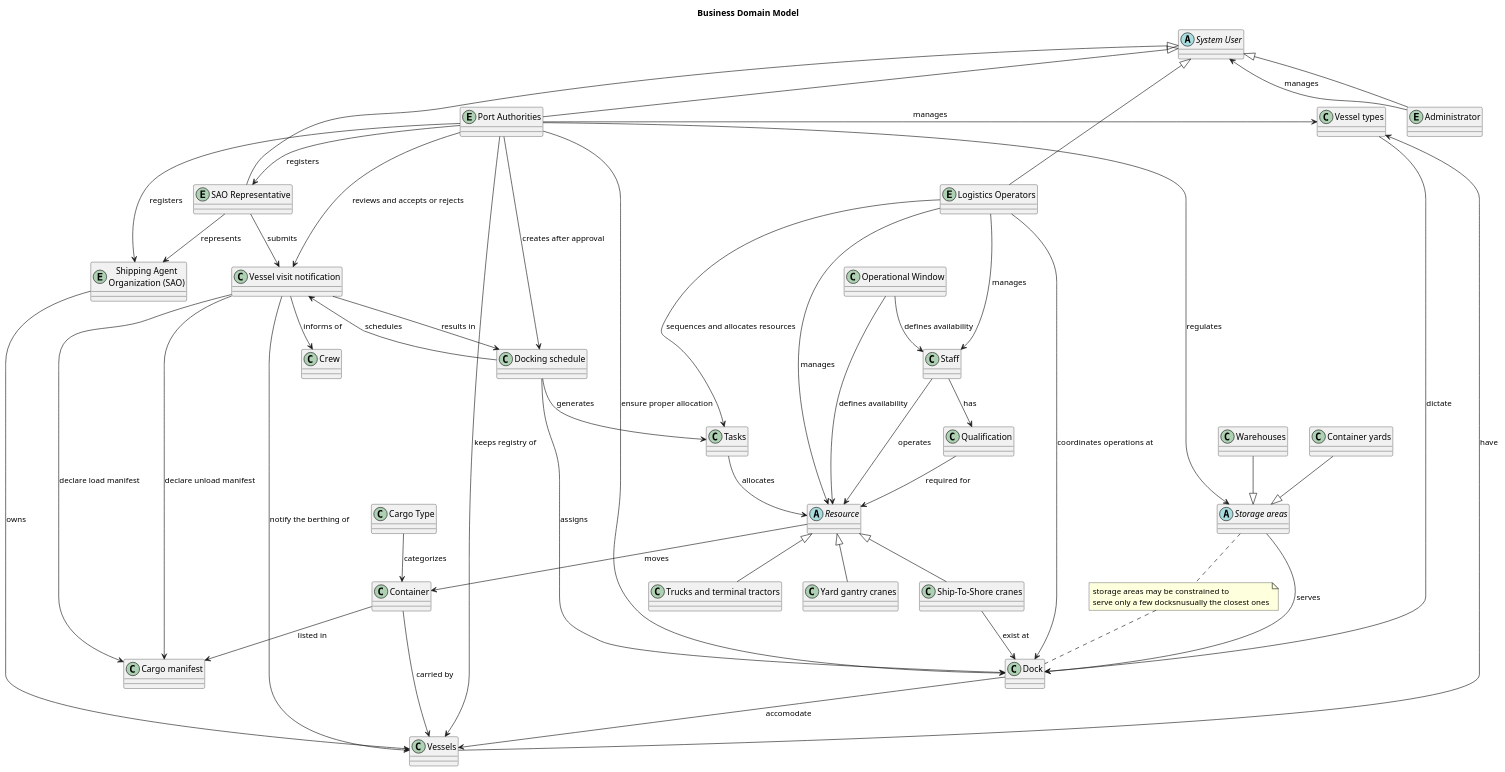
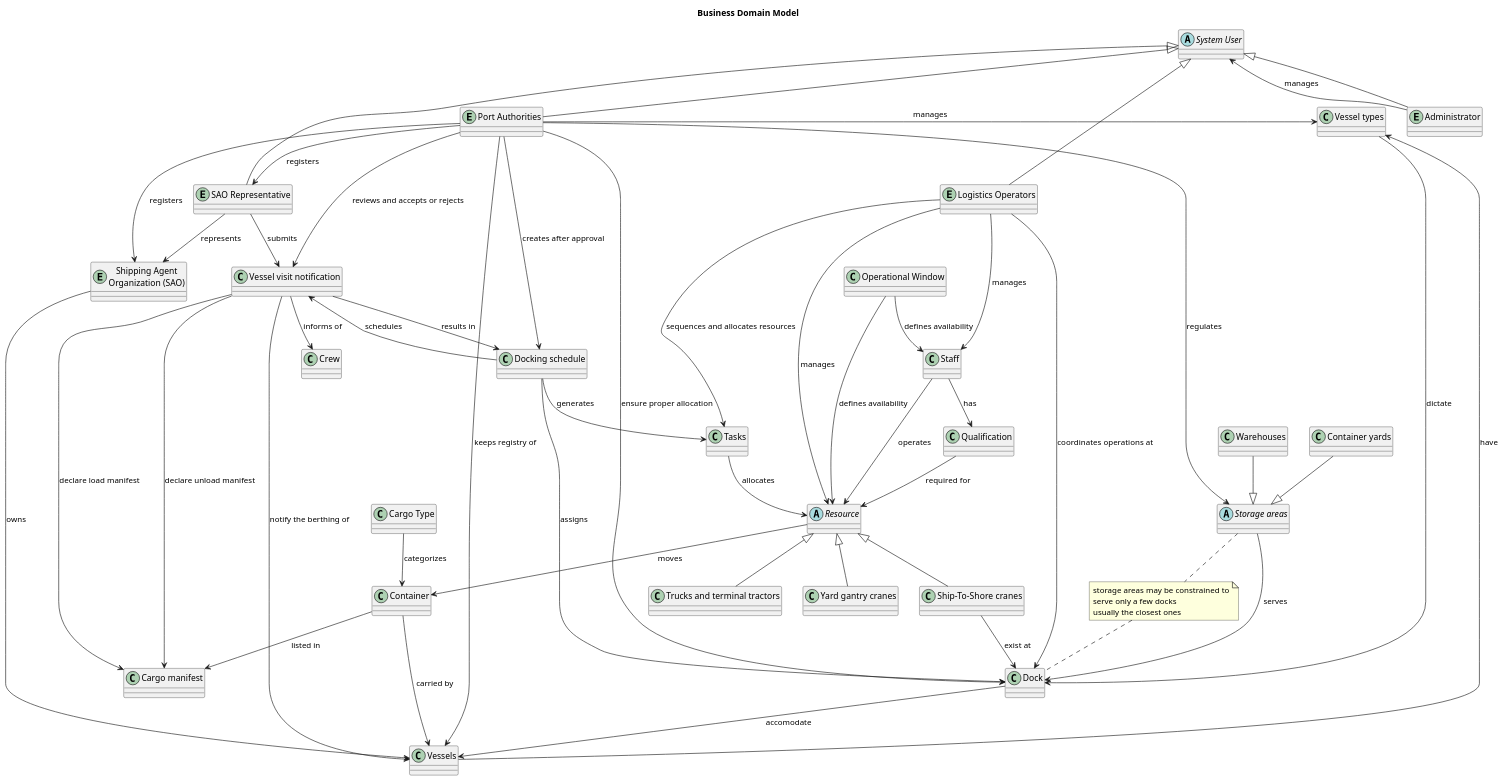
Before and after one commit to BernasDzn/portit: the diagram in docs/sprint_1/global_artifacts/domain/business_model.puml, drawn with PlantUML. The commit also changed 1 other file, not shown here.

```diff
--- a/docs/sprint_1/global_artifacts/domain/business_model.puml
+++ b/docs/sprint_1/global_artifacts/domain/business_model.puml
@@ -1,108 +1,108 @@
 @startuml
 title Business Domain Model
 
     abstract "System User" as user
 
     entity "Port Authorities" as PA
     entity "Shipping Agent\nOrganization (SAO)" as SAO
     entity "SAO Representative" as SAOR
     entity "Logistics Operators" as LO
     entity "Administrator" as AD
 
     class "Staff" as staff
     abstract "Resource" as res
     class "Dock" as docks
     class "Ship-To-Shore cranes" as cranes
     class "Yard gantry cranes" as yg_cranes
     class "Trucks and terminal tractors" as trucks
     class "Tasks" as tasks
     class "Operational Window" as op_window
     class "Qualification" as qualification
 
     abstract "Storage areas" as storage
     class "Container yards" as yards
     class "Warehouses" as warehouse
 
     class "Vessels" as vessels
     class "Vessel types" as vessels_types
 
     class "Vessel visit notification" as vessel_visit
     class "Crew" as crew
     class "Docking schedule" as docking_s
     class "Cargo manifest" as cm
 
     class "Cargo Type" as cargo_type
     class "Container" as container
 
 user <|-- PA
 user <|-- SAOR
 user <|-- LO
 user <|-- AD
 
 AD --> user : "manages"
 
 SAO --> vessels : "owns"
 
 vessels --> vessels_types : "have"
 vessels_types -> docks : "dictate"
 
 PA --> SAO : "registers"
 PA --> SAOR : "registers"
 PA --> vessel_visit : "reviews and accepts or rejects"
 PA --> docks : "ensure proper allocation"
 PA --> storage : "regulates"
 PA -> vessels_types : "manages" 
 PA -> vessels : "keeps registry of"
 PA --> docking_s : "creates after approval"
 
 yards --|> storage
 warehouse --|> storage
 
 storage --> docks : "serves"
-note "storage areas may be constrained to \nserve only a few docksnusually the closest ones" as N1
+note "storage areas may be constrained to\nserve only a few docks\nusually the closest ones" as N1
 storage .. N1
 N1 .. docks
 
 SAOR --> vessel_visit : "submits"
 SAOR --> SAO : "represents"
 
 vessel_visit --> vessels : "notify the berthing of"
 vessel_visit --> cm : "declare load manifest"
 vessel_visit --> cm : "declare unload manifest"
 vessel_visit --> crew : "informs of"
 vessel_visit --> docking_s : "results in"
 
 docking_s --> vessel_visit : "schedules"
 docking_s --> docks : "assigns"
 docking_s --> tasks : "generates"
 
 docks --> vessels : "accomodate"
 
 res <|-- cranes
 res <|-- yg_cranes
 res <|-- trucks
 
 res --> container : "moves"
 cranes --> docks : "exist at"
 
 staff --> res : "operates"
 staff --> qualification : "has"
 
 LO --> tasks : "sequences and allocates resources"
 LO ---> staff : "manages"
 LO --> docks : "coordinates operations at"
 LO -->  res : "manages"
 
 tasks --> res : "allocates"
 
 op_window --> res : "defines availability"
 op_window --> staff : "defines availability"
 
 qualification --> res : "required for"
 
 cargo_type --> container : "categorizes"
 
 container --> cm : "listed in"
 container --> vessels : "carried by"
 
 @enduml
```
